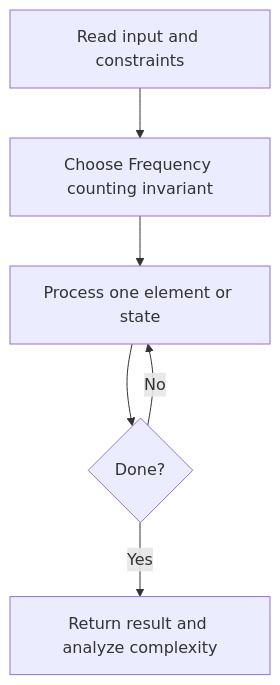
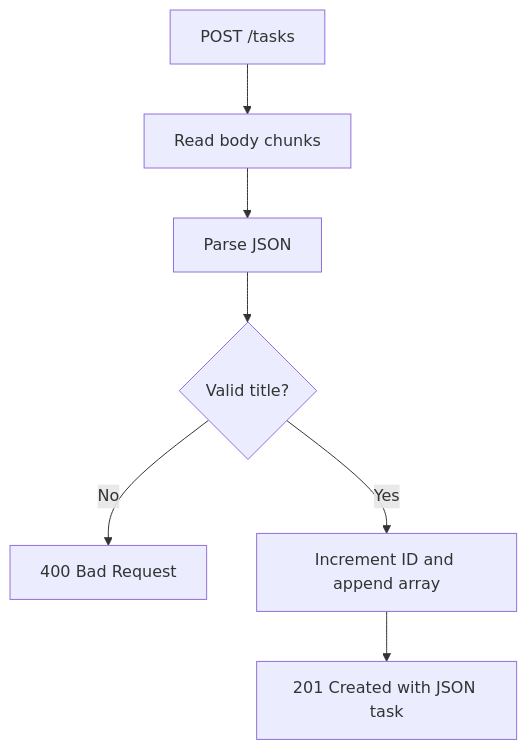
Before and after one commit to pratulsharma/minitrack: the first of 2 diagrams in lessons/day-02.md, drawn with Mermaid. The commit also changed other lines of this file and 118 other files, not shown here.

````diff
--- a/lessons/day-02.md
+++ b/lessons/day-02.md
@@ -17,8 +29,9 @@
 ```mermaid
 flowchart TD
-    A[Read input and constraints] --> B[Choose Frequency counting invariant]
-    B --> C[Process one element or state]
-    C --> D{Done?}
-    D -- No --> C
-    D -- Yes --> E[Return result and analyze complexity]
+  A[POST /tasks] --> B[Read body chunks]
+  B --> C[Parse JSON]
+  C --> D{Valid title?}
+  D -- No --> E[400 Bad Request]
+  D -- Yes --> F[Increment ID and append array]
+  F --> G[201 Created with JSON task]
 ```
````
